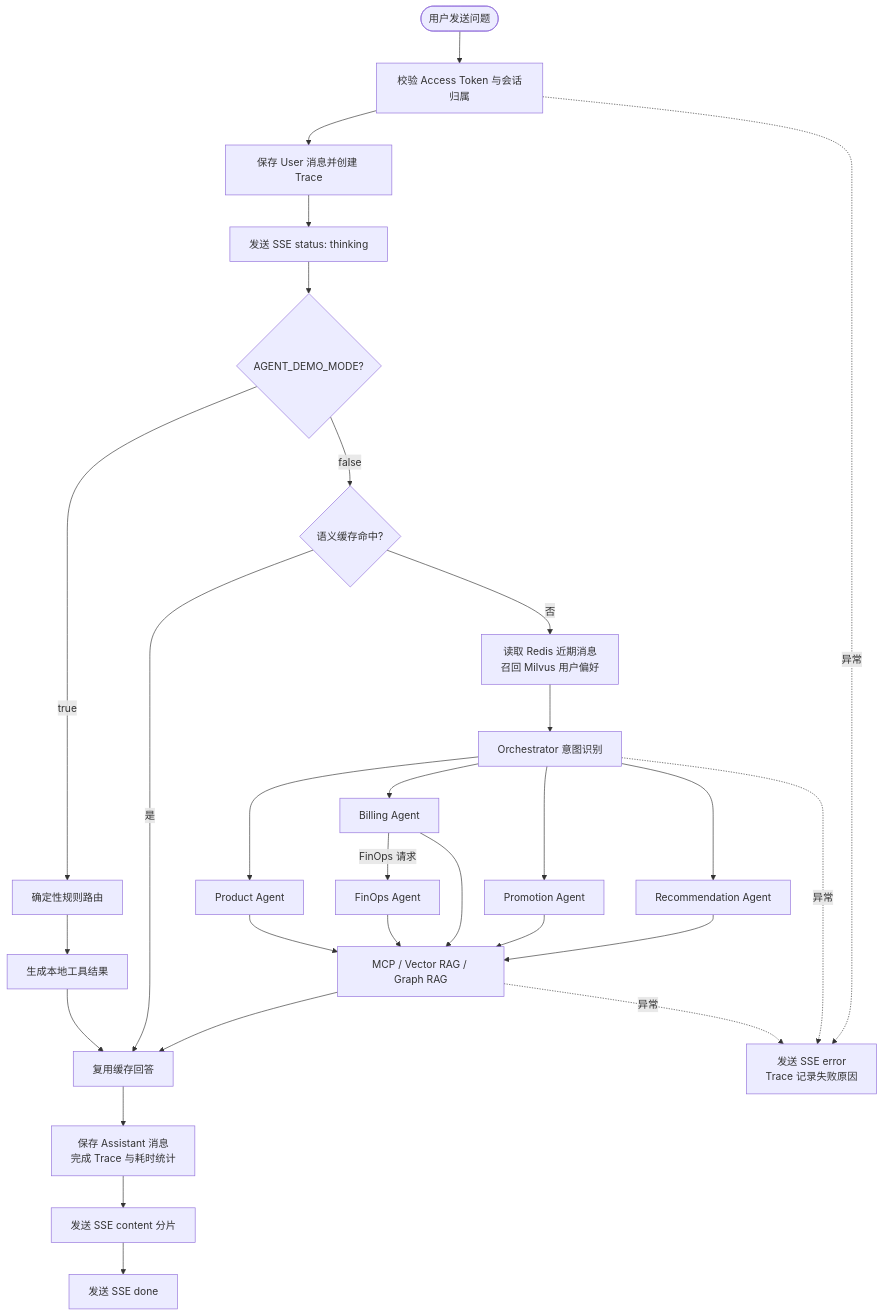
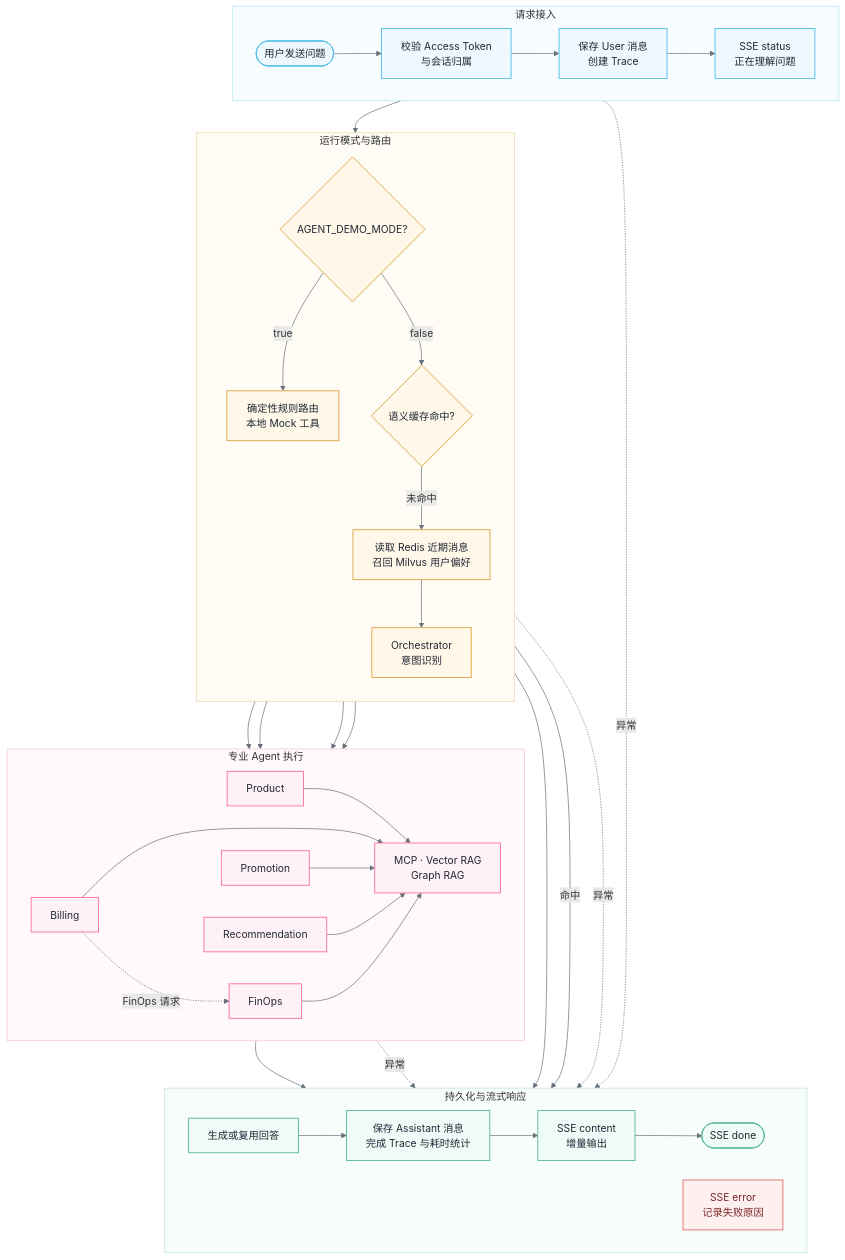
Before and after one commit to Mrlfighting/cloudagent: the second of 2 diagrams in README.md, drawn with Mermaid. The commit also changed other lines of this file, not shown here.

Commit message:
docs: 调整架构图配色与分层布局

```diff
--- a/README.md
+++ b/README.md
@@ -211,30 +235,67 @@
 ~~~mermaid
 flowchart TD
-    Start([用户发送问题]) --> Auth[校验 Access Token 与会话归属]
-    Auth --> SaveUser[保存 User 消息并创建 Trace]
-    SaveUser --> Status[发送 SSE status: thinking]
-    Status --> Mode{AGENT_DEMO_MODE?}
+    subgraph Request["请求接入"]
+        direction LR
+        Start([用户发送问题])
+        Auth["校验 Access Token<br/>与会话归属"]
+        SaveUser["保存 User 消息<br/>创建 Trace"]
+        Status["SSE status<br/>正在理解问题"]
+    end
 
-    Mode -->|true| Rule[确定性规则路由]
-    Rule --> MockTool[生成本地工具结果]
+    subgraph Decision["运行模式与路由"]
+        direction TB
+        Mode{"AGENT_DEMO_MODE?"}
+        Rule["确定性规则路由<br/>本地 Mock 工具"]
+        Cache{"语义缓存命中?"}
+        Context["读取 Redis 近期消息<br/>召回 Milvus 用户偏好"]
+        Router["Orchestrator<br/>意图识别"]
+    end
 
-    Mode -->|false| Cache{语义缓存命中?}
-    Cache -->|是| Answer[复用缓存回答]
-    Cache -->|否| Context[读取 Redis 近期消息<br/>召回 Milvus 用户偏好]
-    Context --> Router[Orchestrator 意图识别]
-    Router --> Product[Product Agent]
-    Router --> Billing[Billing Agent]
-    Router --> Promotion[Promotion Agent]
-    Router --> Recommend[Recommendation Agent]
-    Billing -->|FinOps 请求| FinOps[FinOps Agent]
+    subgraph Execution["专业 Agent 执行"]
+        direction LR
+        Product["Product"]
+        Billing["Billing"]
+        Promotion["Promotion"]
+        Recommend["Recommendation"]
+        FinOps["FinOps"]
+        Tools["MCP · Vector RAG<br/>Graph RAG"]
+    end
 
-    Product & Billing & Promotion & Recommend & FinOps --> Tools[MCP / Vector RAG / Graph RAG]
-    Tools --> Answer
-    MockTool --> Answer
-    Answer --> SaveAssistant[保存 Assistant 消息<br/>完成 Trace 与耗时统计]
-    SaveAssistant --> Stream[发送 SSE content 分片]
-    Stream --> Done[发送 SSE done]
-    Auth -.异常.-> Error[发送 SSE error<br/>Trace 记录失败原因]
+    subgraph Response["持久化与流式响应"]
+        direction LR
+        Answer["生成或复用回答"]
+        SaveAssistant["保存 Assistant 消息<br/>完成 Trace 与耗时统计"]
+        Stream["SSE content<br/>增量输出"]
+        Done([SSE done])
+        Error["SSE error<br/>记录失败原因"]
+    end
+
+    Start --> Auth --> SaveUser --> Status --> Mode
+    Mode -->|true| Rule --> Answer
+    Mode -->|false| Cache
+    Cache -->|命中| Answer
+    Cache -->|未命中| Context --> Router
+    Router --> Product & Billing & Promotion & Recommend
+    Billing -.->|FinOps 请求| FinOps
+    Product & Billing & Promotion & Recommend & FinOps --> Tools --> Answer
+    Answer --> SaveAssistant --> Stream --> Done
+    Auth -.异常.-> Error
     Router -.异常.-> Error
     Tools -.异常.-> Error
+
+    classDef access fill:#edf9ff,stroke:#52bde8,color:#202735,stroke-width:1.4px;
+    classDef decision fill:#fff8e9,stroke:#d9a441,color:#202735,stroke-width:1.4px;
+    classDef agent fill:#fff2f7,stroke:#ff6f9f,color:#202735,stroke-width:1.4px;
+    classDef response fill:#effbf7,stroke:#57b99a,color:#202735,stroke-width:1.4px;
+    classDef error fill:#fff0f0,stroke:#e26b6b,color:#7a2525,stroke-width:1.4px;
+    class Start,Auth,SaveUser,Status access;
+    class Mode,Rule,Cache,Context,Router decision;
+    class Product,Billing,Promotion,Recommend,FinOps,Tools agent;
+    class Answer,SaveAssistant,Stream,Done response;
+    class Error error;
+    style Request fill:#f7fcff,stroke:#aedff0,stroke-width:1px
+    style Decision fill:#fffcf5,stroke:#ead49e,stroke-width:1px
+    style Execution fill:#fff9fb,stroke:#f3bfd2,stroke-width:1px
+    style Response fill:#f7fdfa,stroke:#b7e2d5,stroke-width:1px
+    linkStyle default stroke:#68717d,stroke-width:1.1px
 ~~~
```
